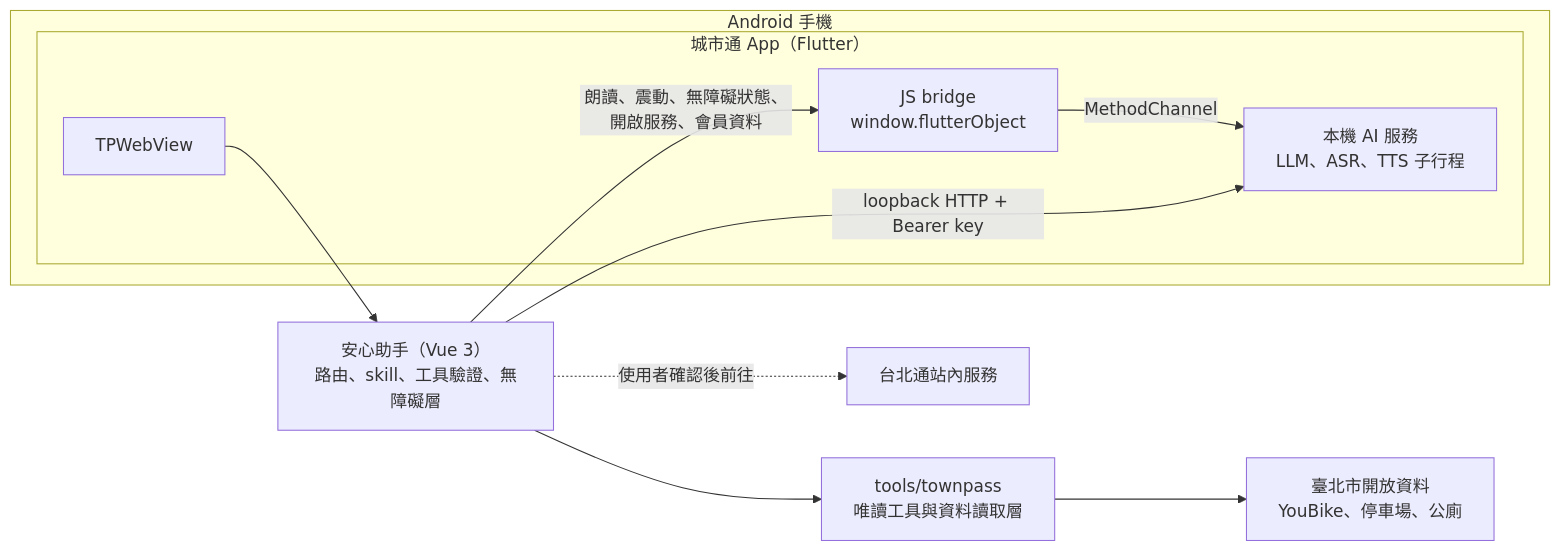
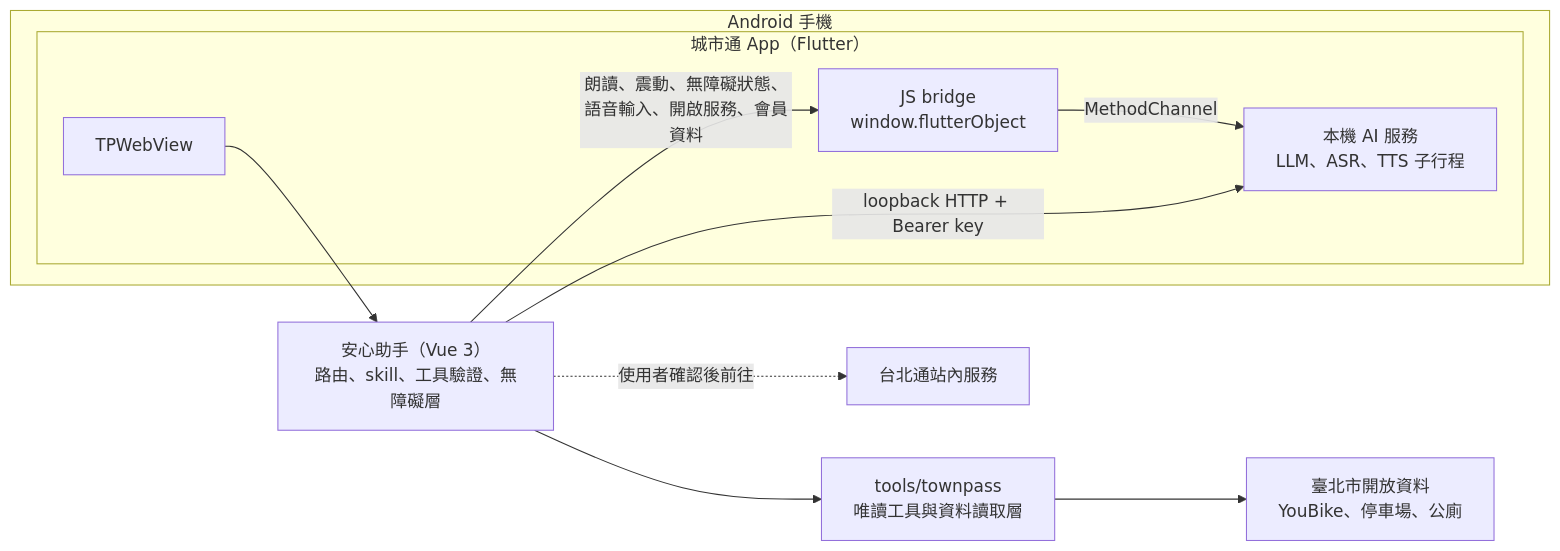
The diagram in README.md (Twcat0503/2026_taipei_codefest), drawn with Mermaid before and after one commit. The commit also changed other lines of this file and 1 other file, not shown here.

````diff
--- a/README.md
+++ b/README.md
@@ -45,17 +46,17 @@
 ```mermaid
 flowchart LR
   subgraph Phone["Android 手機"]
     subgraph App["城市通 App（Flutter）"]
       WebView["TPWebView"]
       Bridge["JS bridge<br/>window.flutterObject"]
       Native["本機 AI 服務<br/>LLM、ASR、TTS 子行程"]
     end
   end
   WebView --> Agent["安心助手（Vue 3）<br/>路由、skill、工具驗證、無障礙層"]
-  Agent -- "朗讀、震動、無障礙狀態、開啟服務、會員資料" --> Bridge
+  Agent -- "朗讀、震動、無障礙狀態、語音輸入、開啟服務、會員資料" --> Bridge
   Bridge -- "MethodChannel" --> Native
   Agent -- "loopback HTTP + Bearer key" --> Native
   Agent --> Tools["tools/townpass<br/>唯讀工具與資料讀取層"]
   Tools --> OpenData["臺北市開放資料<br/>YouBike、停車場、公廁"]
   Agent -. "使用者確認後前往" .-> Services["台北通站內服務"]
 ```
````
